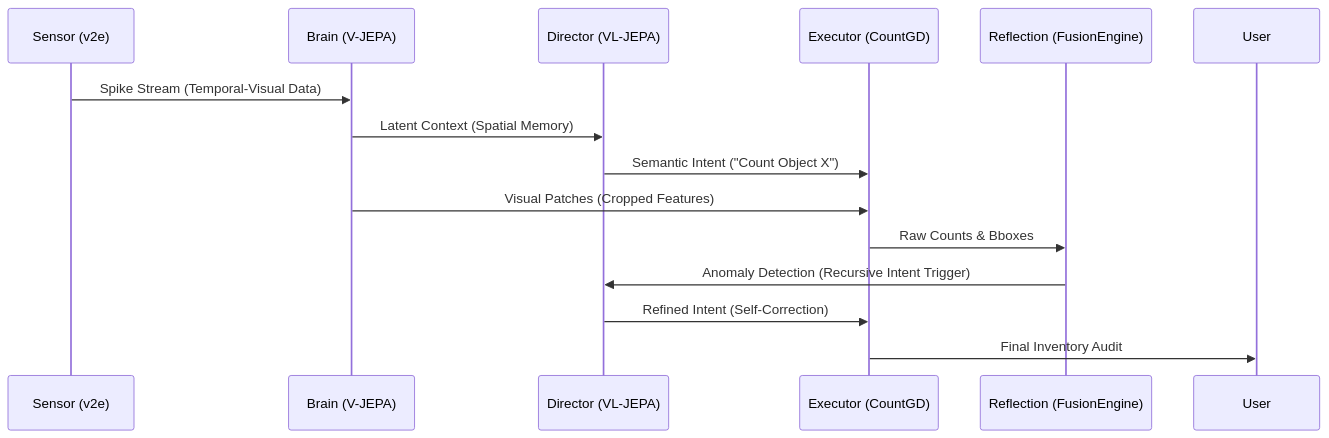
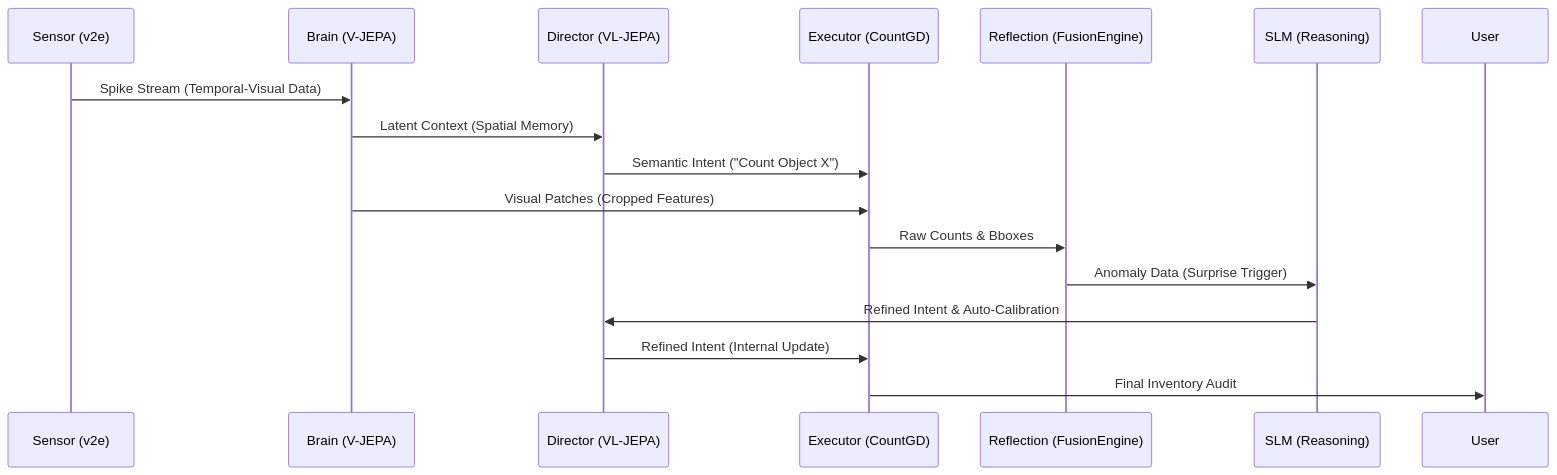
Before and after one commit to Yonnnnnnnnn/numeri-vjepa-experiment: the diagram in Data_Flow_Diagram.md, drawn with Mermaid. The commit also changed 2 other files, not shown here.

Commit message:
docs: sync Tech Docs with volumetric auto-calibration and reasoning flow

````diff
--- a/Data_Flow_Diagram.md
+++ b/Data_Flow_Diagram.md
@@ -24,17 +24,19 @@
 ```mermaid
 sequenceDiagram
     participant S as Sensor (v2e)
     participant B as Brain (V-JEPA)
     participant D as Director (VL-JEPA)
     participant E as Executor (CountGD)
     participant R as Reflection (FusionEngine)
+    participant S2 as SLM (Reasoning)
 
     S->>B: Spike Stream (Temporal-Visual Data)
     B->>D: Latent Context (Spatial Memory)
     D->>E: Semantic Intent ("Count Object X")
     B->>E: Visual Patches (Cropped Features)
     E->>R: Raw Counts & Bboxes
-    R->>D: Anomaly Detection (Recursive Intent Trigger)
-    D->>E: Refined Intent (Self-Correction)
+    R->>S2: Anomaly Data (Surprise Trigger)
+    S2->>D: Refined Intent & Auto-Calibration
+    D->>E: Refined Intent (Internal Update)
     E->>User: Final Inventory Audit
 ```
````
